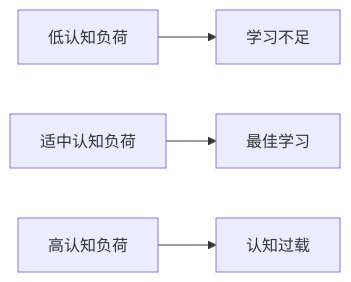
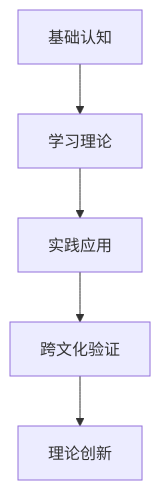
One commit to AdaMartin18010/SeniorEnducation changed the third of 4 diagrams in 01-哲学科学基础/01-认知科学与学习理论.md. Above: the diagram before and after it, drawn with Mermaid. The commit also changed other lines of this file and 1 other file, not shown here.

````diff
--- a/01-哲学科学基础/01-认知科学与学习理论.md
+++ b/01-哲学科学基础/01-认知科学与学习理论.md
@@ -231,6 +253,7 @@
 ```mermaid
-graph LR
-    A[低认知负荷] --> B[学习不足]
-    C[适中认知负荷] --> D[最佳学习]
-    E[高认知负荷] --> F[认知过载]
+graph TD
+    A[基础认知] --> B[学习理论]
+    B --> C[实践应用]
+    C --> D[跨文化验证]
+    D --> E[理论创新]
 ```
````
